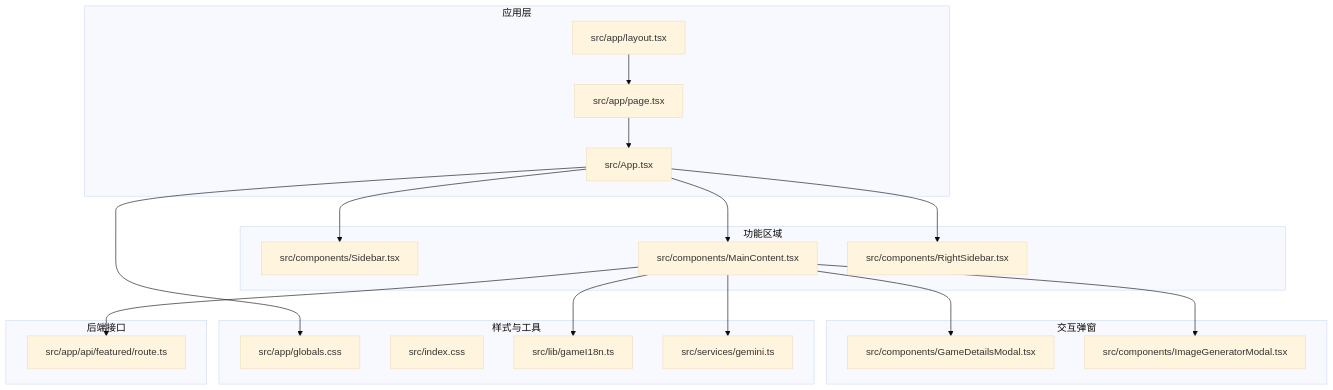
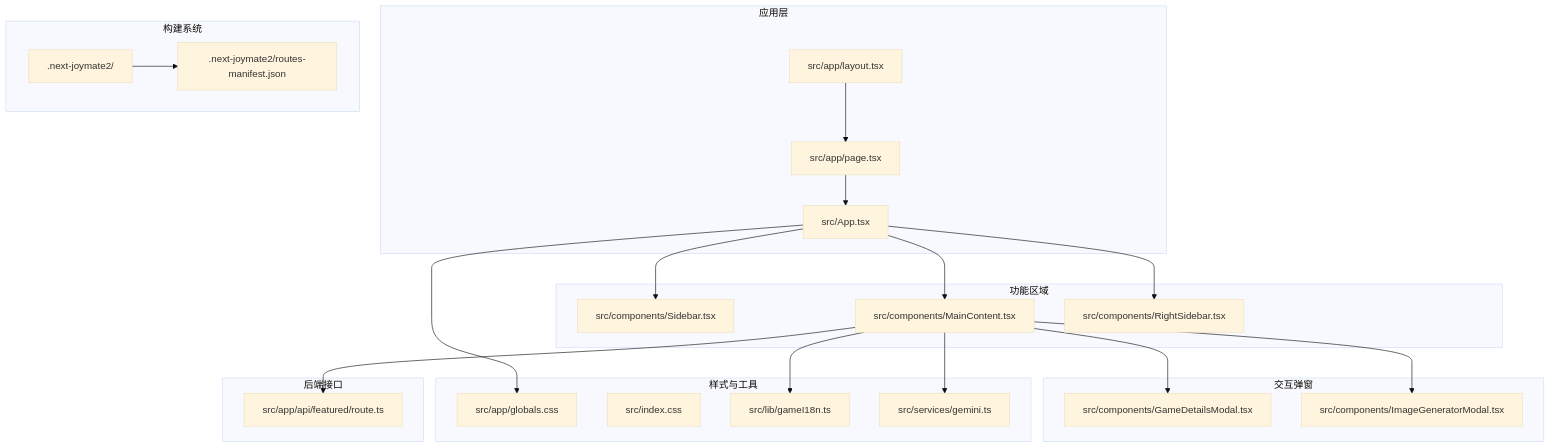
One commit to Jason-6300/JoyMate changed the second of 7 diagrams in .qoder/repowiki/zh/content/架构设计/前端架构设计.md. Above: the diagram before and after it, drawn with Mermaid (base theme). The commit also changed other lines of this file and 7 other files, not shown here.

````diff
--- a/.qoder/repowiki/zh/content/架构设计/前端架构设计.md
+++ b/.qoder/repowiki/zh/content/架构设计/前端架构设计.md
@@ -109,36 +130,41 @@
 ```mermaid
 graph TB
 subgraph "应用层"
 L["src/app/layout.tsx"]
 P["src/app/page.tsx"]
 A["src/App.tsx"]
 end
 subgraph "功能区域"
 S["src/components/Sidebar.tsx"]
 M["src/components/MainContent.tsx"]
 R["src/components/RightSidebar.tsx"]
 end
 subgraph "交互弹窗"
 GD["src/components/GameDetailsModal.tsx"]
 IG["src/components/ImageGeneratorModal.tsx"]
 end
 subgraph "样式与工具"
 GCS["src/app/globals.css"]
 ICS["src/index.css"]
 I18N["src/lib/gameI18n.ts"]
 SV["src/services/gemini.ts"]
 end
 subgraph "后端接口"
 FEAT["src/app/api/featured/route.ts"]
 end
+subgraph "构建系统"
+BUILD[".next-joymate2/"]
+ROUTE[".next-joymate2/routes-manifest.json"]
+end
 L --> P --> A
 A --> S
 A --> M
 A --> R
 M --> GD
 M --> IG
 A --> GCS
 M --> I18N
 M --> SV
 M --> FEAT
+BUILD --> ROUTE
 ```
````
